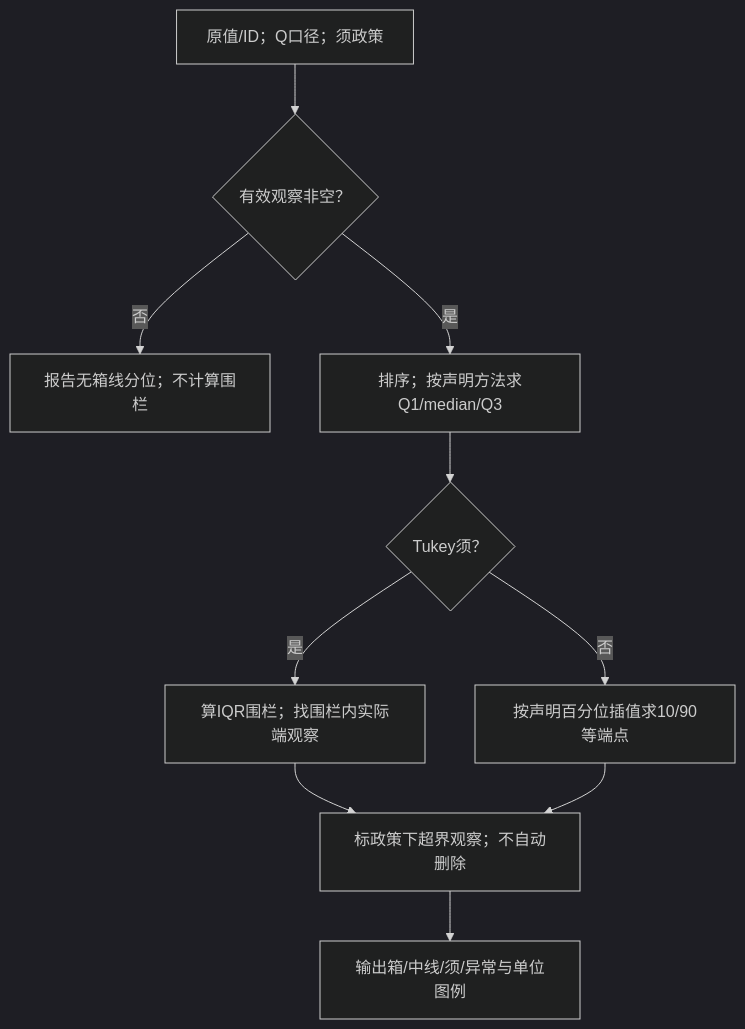
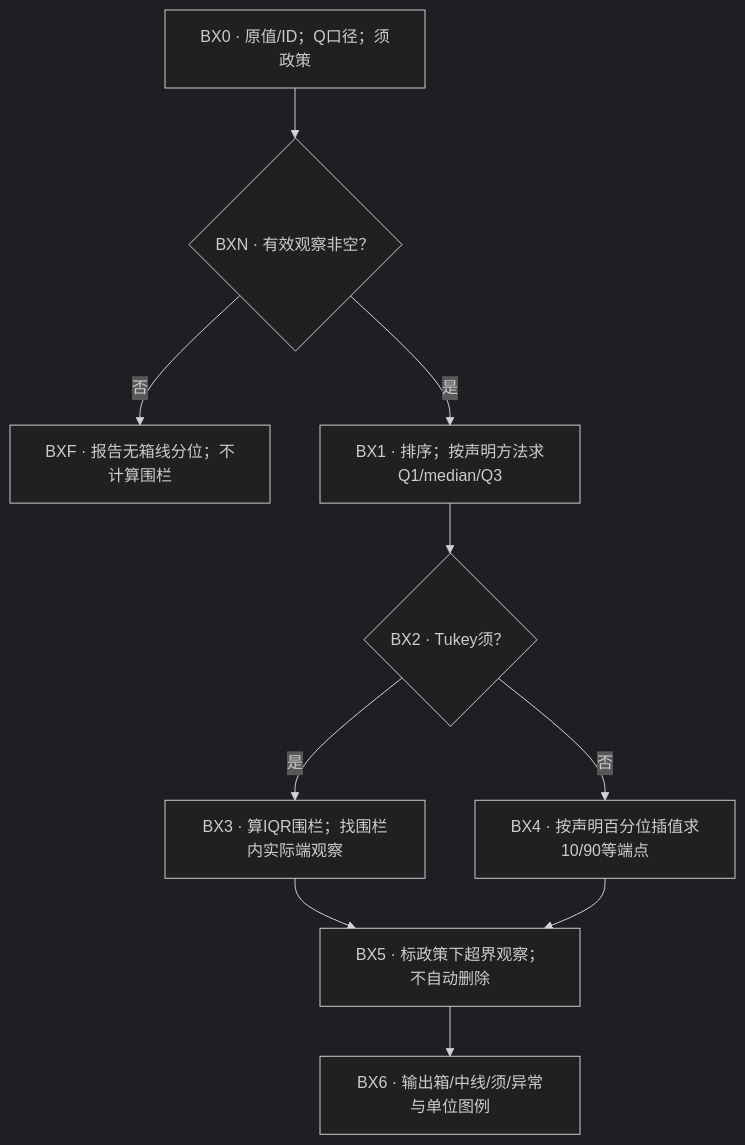
One commit to CercaTrovato/cityu-ai-course-notes changed diagram 16 of 20 in IS6400_Business_Data_Analytics/notes/M03-数据类型与描述性分析.md. Above: the diagram before and after it, drawn with Mermaid (dark theme). The commit also changed other lines of this file and 40 other files, not shown here.

First line of the commit message:
完成 IS6400 M03 全篇审修、原题图保真与适用同步

````diff
--- a/IS6400_Business_Data_Analytics/notes/M03-数据类型与描述性分析.md
+++ b/IS6400_Business_Data_Analytics/notes/M03-数据类型与描述性分析.md
@@ -4098,12 +4502,12 @@
 ```mermaid
 flowchart TD
-    BX0["原值/ID；Q口径；须政策"] --> BXN{"有效观察非空？"}
-    BXN -->|否| BXF["报告无箱线分位；不计算围栏"]
-    BXN -->|是| BX1["排序；按声明方法求Q1/median/Q3"]
-    BX1 --> BX2{"Tukey须？"}
-    BX2 -->|是| BX3["算IQR围栏；找围栏内实际端观察"]
-    BX2 -->|否| BX4["按声明百分位插值求10/90等端点"]
-    BX3 --> BX5["标政策下超界观察；不自动删除"]
+    BX0["BX0 · 原值/ID；Q口径；须政策"] --> BXN{"BXN · 有效观察非空？"}
+    BXN -->|否| BXF["BXF · 报告无箱线分位；不计算围栏"]
+    BXN -->|是| BX1["BX1 · 排序；按声明方法求Q1/median/Q3"]
+    BX1 --> BX2{"BX2 · Tukey须？"}
+    BX2 -->|是| BX3["BX3 · 算IQR围栏；找围栏内实际端观察"]
+    BX2 -->|否| BX4["BX4 · 按声明百分位插值求10/90等端点"]
+    BX3 --> BX5["BX5 · 标政策下超界观察；不自动删除"]
     BX4 --> BX5
-    BX5 --> BX6["输出箱/中线/须/异常与单位图例"]
+    BX5 --> BX6["BX6 · 输出箱/中线/须/异常与单位图例"]
 ```
````
